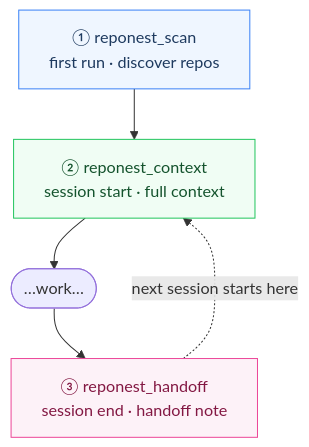
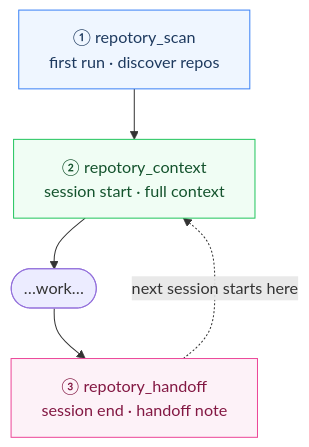
One commit to sky-jiangcheng/repo-nest changed the first of 2 diagrams in README.md. Above: the diagram before and after it, drawn with Mermaid. The commit also changed other lines of this file and 242 other files, not shown here.

````diff
--- a/README.md
+++ b/README.md
@@ -26,13 +26,13 @@
 ```mermaid
 flowchart TB
-    SCAN["① reponest_scan<br/>first run · discover repos"] --> CTX["② reponest_context<br/>session start · full context"]
+    SCAN["① repotory_scan<br/>first run · discover repos"] --> CTX["② repotory_context<br/>session start · full context"]
     CTX --> WORK(["…work…"])
-    WORK --> HAND["③ reponest_handoff<br/>session end · handoff note"]
+    WORK --> HAND["③ repotory_handoff<br/>session end · handoff note"]
     HAND -.->|"next session starts here"| CTX
     classDef entry fill:#eff6ff,stroke:#3b82f6,color:#1e3a5f
     classDef ctx fill:#f0fdf4,stroke:#22c55e,color:#14532d
     classDef rec fill:#fdf2f8,stroke:#ec4899,color:#831843
     class SCAN entry
     class CTX ctx
     class HAND rec
 ```
````
